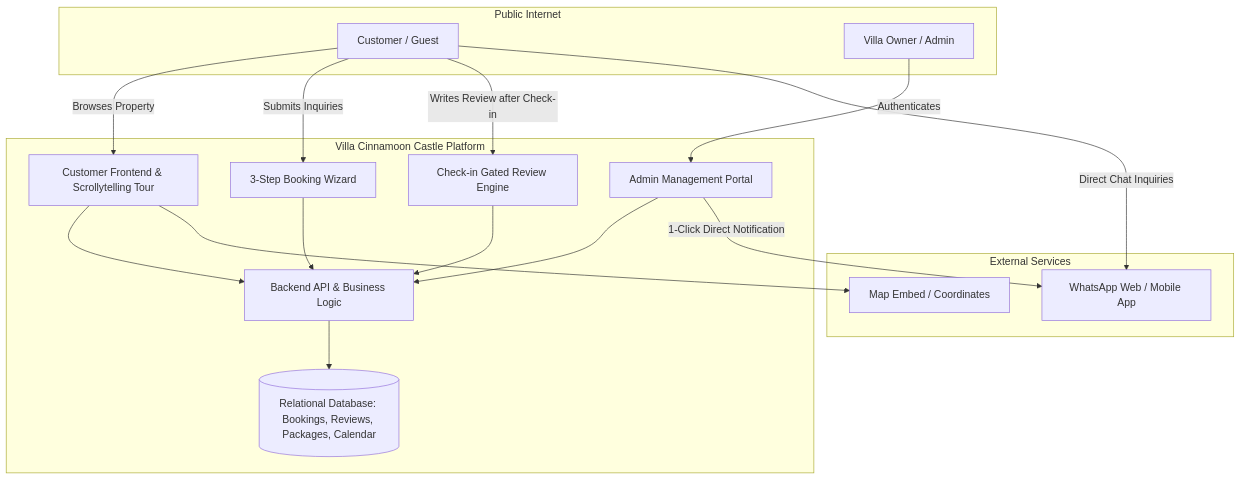
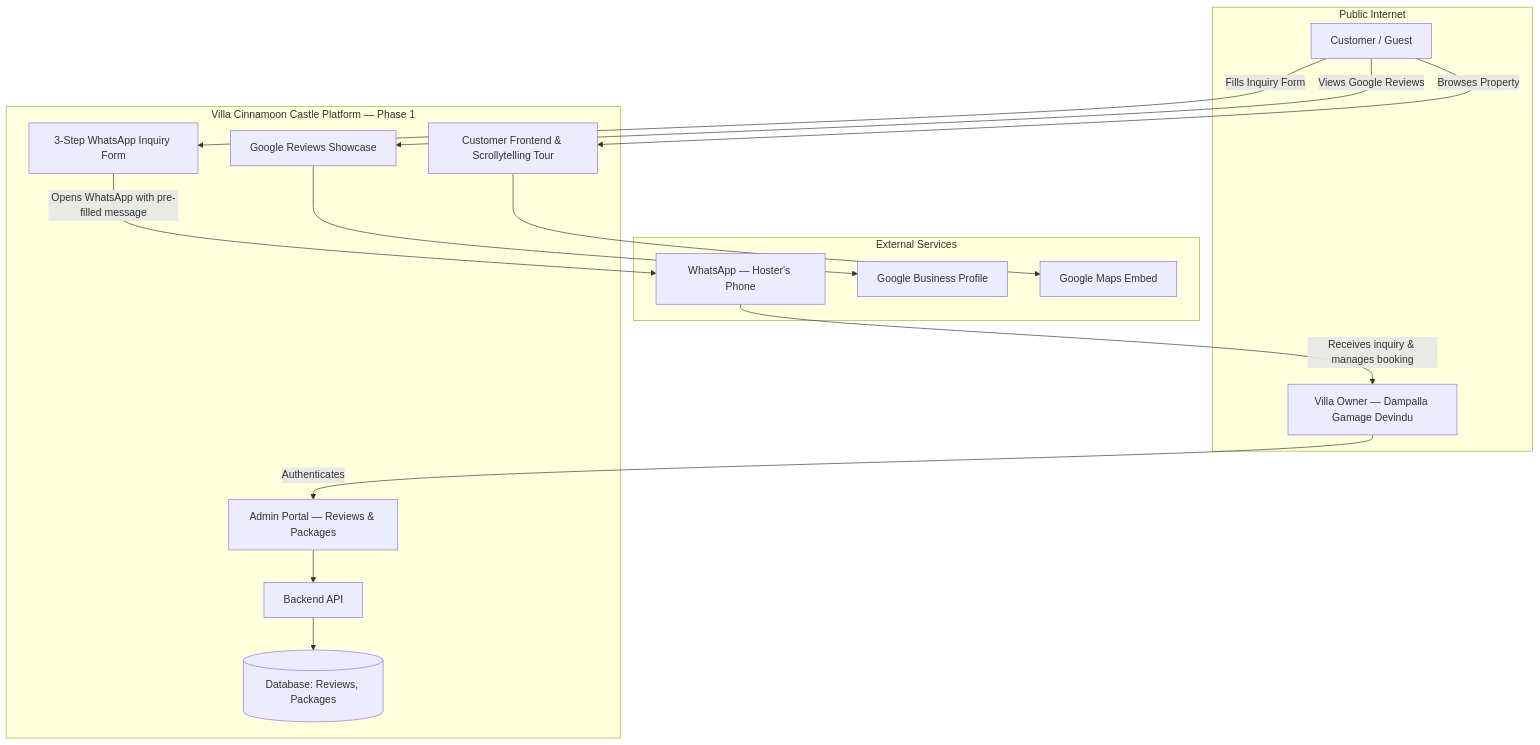
One commit to KavinduLakshan393/villa-cinnamoon-castle changed the first of 3 diagrams in Documents/SRS.md. Above: the diagram before and after it, drawn with Mermaid. The commit also changed other lines of this file and 292 other files, not shown here.

````diff
--- a/Documents/SRS.md
+++ b/Documents/SRS.md
@@ -54,36 +68,33 @@
 ```mermaid
 graph TB
     subgraph Public Internet
         Customer[Customer / Guest]
-        AdminUser[Villa Owner / Admin]
+        AdminUser[Villa Owner — Dampalla Gamage Devindu]
     end
 
-    subgraph Villa Cinnamoon Castle Platform
+    subgraph "Villa Cinnamoon Castle Platform — Phase 1"
         WebFront[Customer Frontend & Scrollytelling Tour]
-        BookingWiz[3-Step Booking Wizard]
-        ReviewEngine[Check-in Gated Review Engine]
-        AdminDashboard[Admin Management Portal]
-        APIServer[Backend API & Business Logic]
-        Database[(Relational Database: Bookings, Reviews, Packages, Calendar)]
+        InquiryForm[3-Step WhatsApp Inquiry Form]
+        GoogleReviews[Google Reviews Showcase]
+        AdminDashboard[Admin Portal — Reviews & Packages]
+        APIServer[Backend API]
+        Database[(Database: Reviews, Packages)]
     end
 
     subgraph External Services
-        WhatsAppApp[WhatsApp Web / Mobile App]
-        MapService[Map Embed / Coordinates]
+        WhatsAppApp[WhatsApp — Hoster's Phone]
+        GoogleBiz[Google Business Profile]
+        MapService[Google Maps Embed]
     end
 
     Customer -->|Browses Property| WebFront
-    Customer -->|Submits Inquiries| BookingWiz
-    Customer -->|Writes Review after Check-in| ReviewEngine
+    Customer -->|Fills Inquiry Form| InquiryForm
+    InquiryForm -->|Opens WhatsApp with pre-filled message| WhatsAppApp
+    WhatsAppApp -->|Receives inquiry & manages booking| AdminUser
+    Customer -->|Views Google Reviews| GoogleReviews
+    GoogleReviews --> GoogleBiz
     AdminUser -->|Authenticates| AdminDashboard
-    
-    WebFront --> APIServer
-    BookingWiz --> APIServer
-    ReviewEngine --> APIServer
     AdminDashboard --> APIServer
-    
     APIServer --> Database
-    AdminDashboard -->|1-Click Direct Notification| WhatsAppApp
-    Customer -->|Direct Chat Inquiries| WhatsAppApp
     WebFront --> MapService
 ```
````
